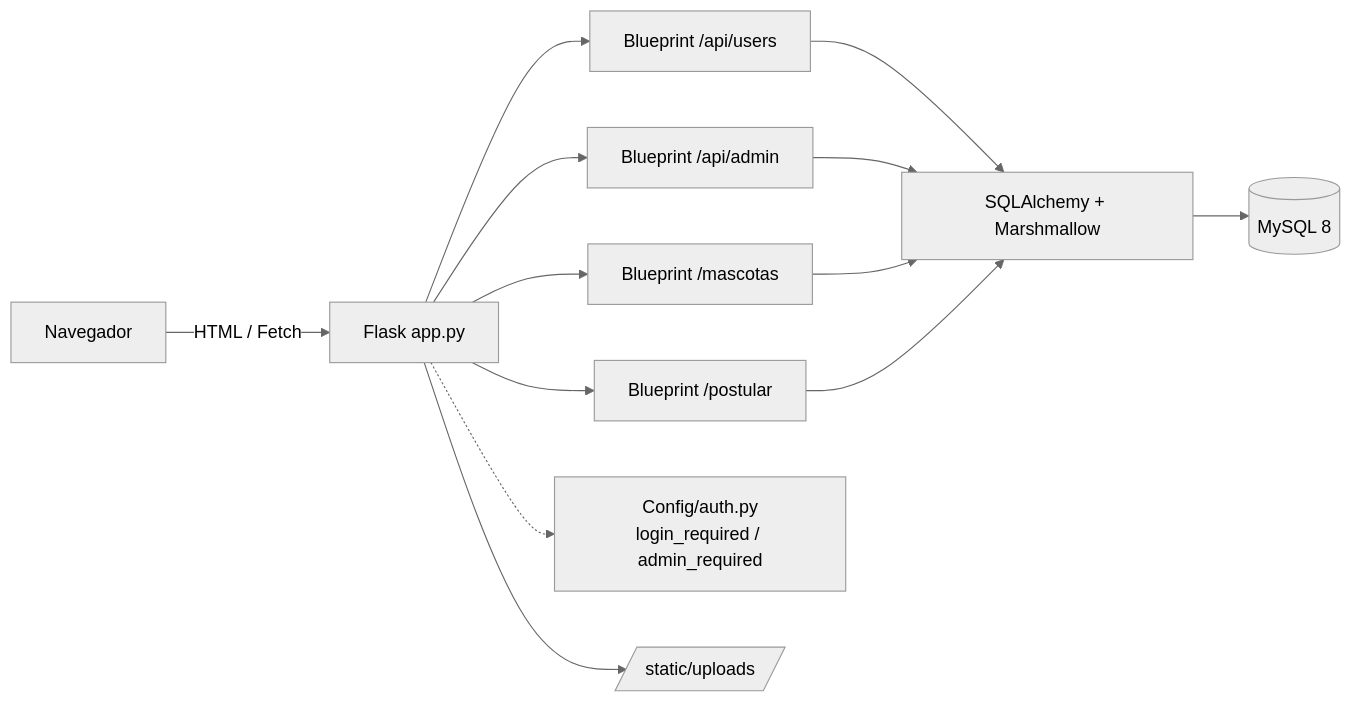
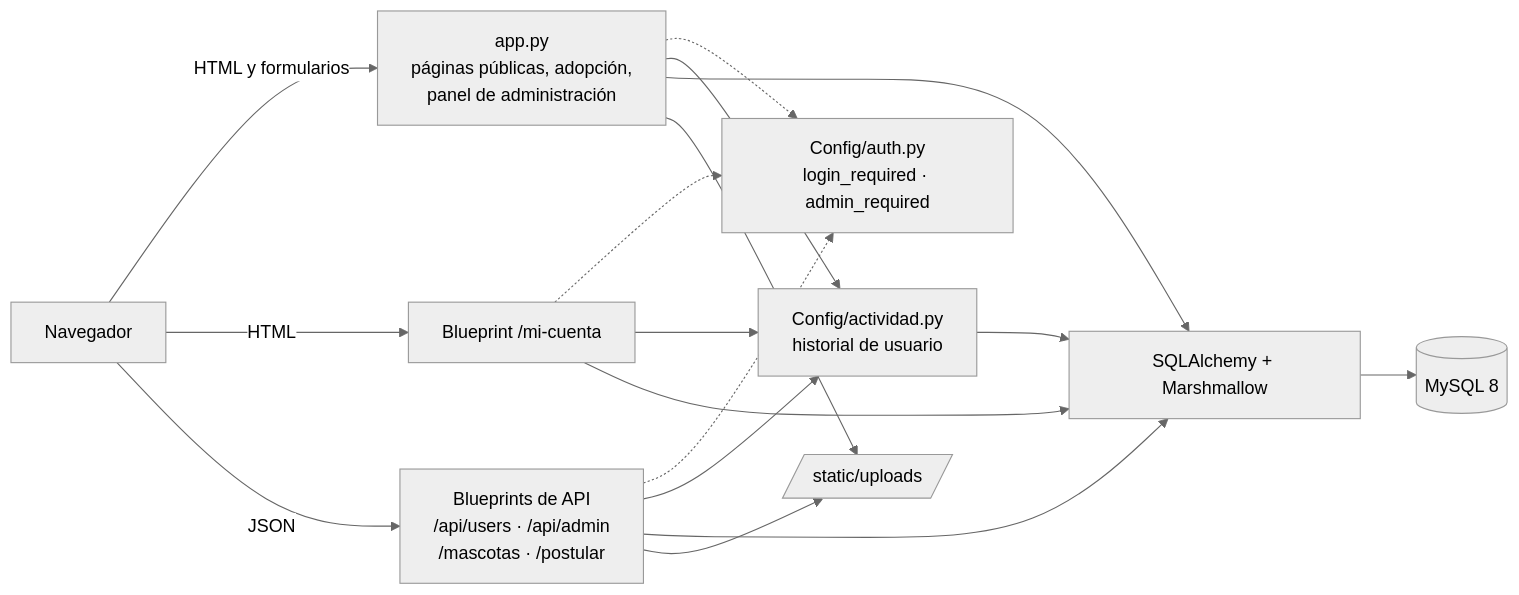
Before and after one commit to IngGMunoz/Adopt-Me-Now: the first of 2 diagrams in README.md, drawn with Mermaid (neutral theme). The commit also changed other lines of this file and 19 other files, not shown here.

````diff
--- a/README.md
+++ b/README.md
@@ -55,12 +83,12 @@
 ```mermaid
 flowchart LR
-    U[Navegador] -->|HTML / Fetch| F[Flask app.py]
-    F --> BP1[Blueprint /api/users]
-    F --> BP2[Blueprint /api/admin]
-    F --> BP3[Blueprint /mascotas]
-    F --> BP4[Blueprint /postular]
-    F -.-> AUTH[Config/auth.py<br/>login_required / admin_required]
-    BP1 & BP2 & BP3 & BP4 --> ORM[SQLAlchemy + Marshmallow]
+    U[Navegador] -->|HTML y formularios| P[app.py<br/>páginas públicas, adopción,<br/>panel de administración]
+    U -->|HTML| C[Blueprint /mi-cuenta]
+    U -->|JSON| A[Blueprints de API<br/>/api/users · /api/admin<br/>/mascotas · /postular]
+    P & C & A -.-> AUTH[Config/auth.py<br/>login_required · admin_required]
+    P & C & A --> ACT[Config/actividad.py<br/>historial de usuario]
+    P & C & A --> ORM[SQLAlchemy + Marshmallow]
+    ACT --> ORM
     ORM --> DB[(MySQL 8)]
-    F --> UP[/static/uploads/]
+    P & A --> UP[/static/uploads/]
 ```
````
